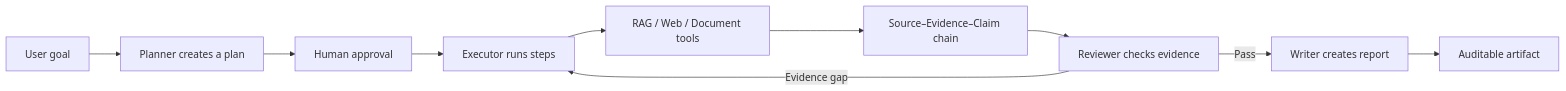
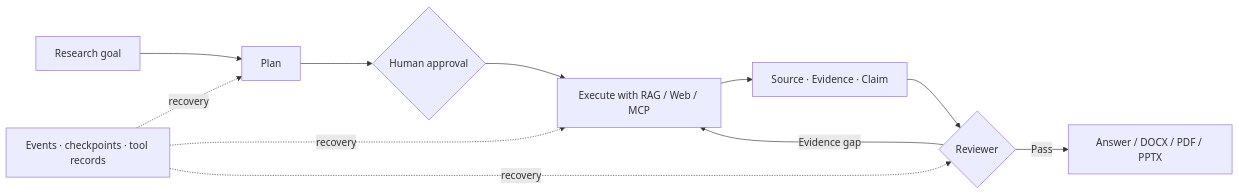
Before and after one commit to Frant1cc/evident-loop: the diagram in README.md, drawn with Mermaid. The commit also changed other lines of this file and 1 other file, not shown here.

````diff
--- a/README.md
+++ b/README.md
@@ -47,12 +36,14 @@
 ```mermaid
 flowchart LR
-    U["User goal"] --> P["Planner creates a plan"]
-    P --> A["Human approval"]
-    A --> E["Executor runs steps"]
-    E --> T["RAG / Web / Document tools"]
-    T --> C["Source–Evidence–Claim chain"]
-    C --> R["Reviewer checks evidence"]
+    Q["Research goal"] --> P["Plan"]
+    P --> A{"Human approval"}
+    A --> E["Execute with RAG / Web / MCP"]
+    E --> SEC["Source · Evidence · Claim"]
+    SEC --> R{"Reviewer"}
     R -->|Evidence gap| E
-    R -->|Pass| W["Writer creates report"]
-    W --> O["Auditable artifact"]
+    R -->|Pass| D["Answer / DOCX / PDF / PPTX"]
+
+    CP["Events · checkpoints · tool records"] -. recovery .-> P
+    CP -. recovery .-> E
+    CP -. recovery .-> R
 ```
````
